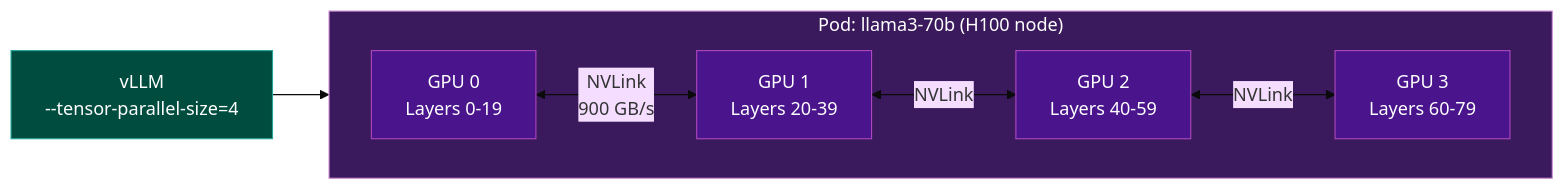
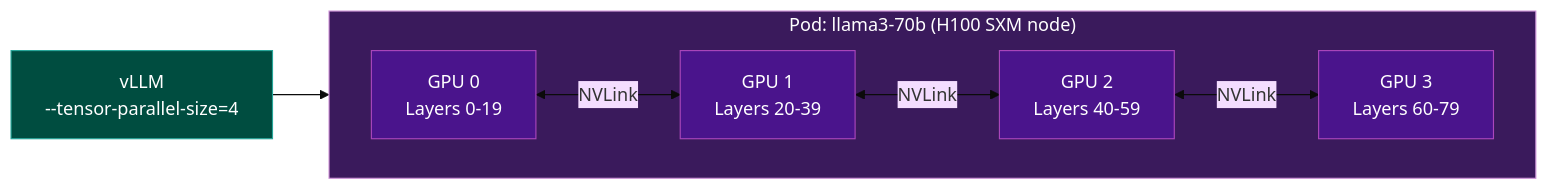
The fifth of 5 diagrams in heterogeneous-gpu-tiered-inference/README.md (rrbanda/gpu-as-a-service-examples), drawn with Mermaid (base theme) before and after one commit. The commit also changed other lines of this file and 4 other files, not shown here.

````diff
--- a/heterogeneous-gpu-tiered-inference/README.md
+++ b/heterogeneous-gpu-tiered-inference/README.md
@@ -222,22 +240,22 @@
 ```mermaid
 flowchart LR
-    subgraph pod["Pod: llama3-70b (H100 node)"]
+    subgraph pod["Pod: llama3-70b (H100 SXM node)"]
         direction LR
         GPU0["GPU 0<br/>Layers 0-19"]
         GPU1["GPU 1<br/>Layers 20-39"]
         GPU2["GPU 2<br/>Layers 40-59"]
         GPU3["GPU 3<br/>Layers 60-79"]
-        GPU0 <-->|"NVLink<br/>900 GB/s"| GPU1
+        GPU0 <-->|"NVLink"| GPU1
         GPU1 <-->|"NVLink"| GPU2
         GPU2 <-->|"NVLink"| GPU3
     end
 
     vLLM["vLLM<br/>--tensor-parallel-size=4"] --> pod
 
     style pod fill:#3a1a5c,stroke:#ce93d8,color:#fff
     style GPU0 fill:#4a148c,stroke:#ab47bc,color:#fff
     style GPU1 fill:#4a148c,stroke:#ab47bc,color:#fff
     style GPU2 fill:#4a148c,stroke:#ab47bc,color:#fff
     style GPU3 fill:#4a148c,stroke:#ab47bc,color:#fff
     style vLLM fill:#004d40,stroke:#26a69a,color:#fff
 ```
````
